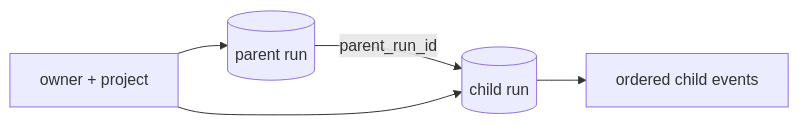
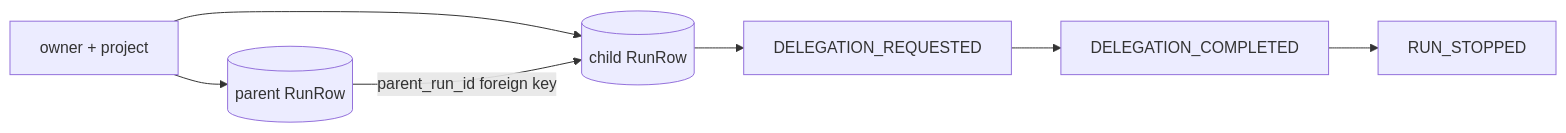
One commit to levalencia/archon changed the first of 2 diagrams in docs/course/concepts/parent-child-lineage.md. Above: the diagram before and after it, drawn with Mermaid. The commit also changed other lines of this file and 7 other files, not shown here.

````diff
--- a/docs/course/concepts/parent-child-lineage.md
+++ b/docs/course/concepts/parent-child-lineage.md
@@ -16,7 +16,9 @@
 ```mermaid
 flowchart LR
-  P[(parent run)] -->|parent_run_id| C[(child run)]
-  O[owner + project] --> P
-  O --> C
-  C --> E[ordered child events]
+  O[owner + project] --> P[(parent RunRow)]
+  O --> C[(child RunRow)]
+  P -->|parent_run_id foreign key| C
+  C --> E1[DELEGATION_REQUESTED]
+  E1 --> E2[DELEGATION_COMPLETED]
+  E2 --> E3[RUN_STOPPED]
 ```
````
